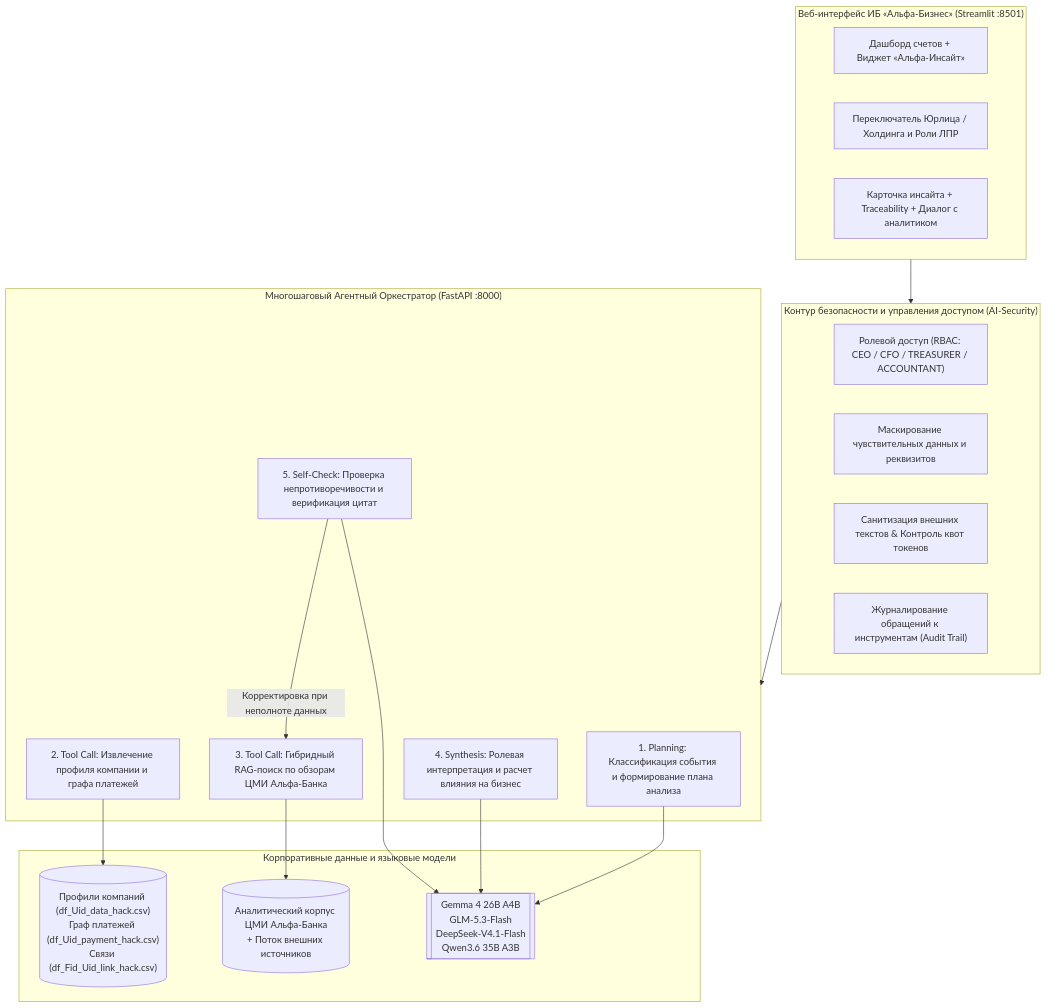
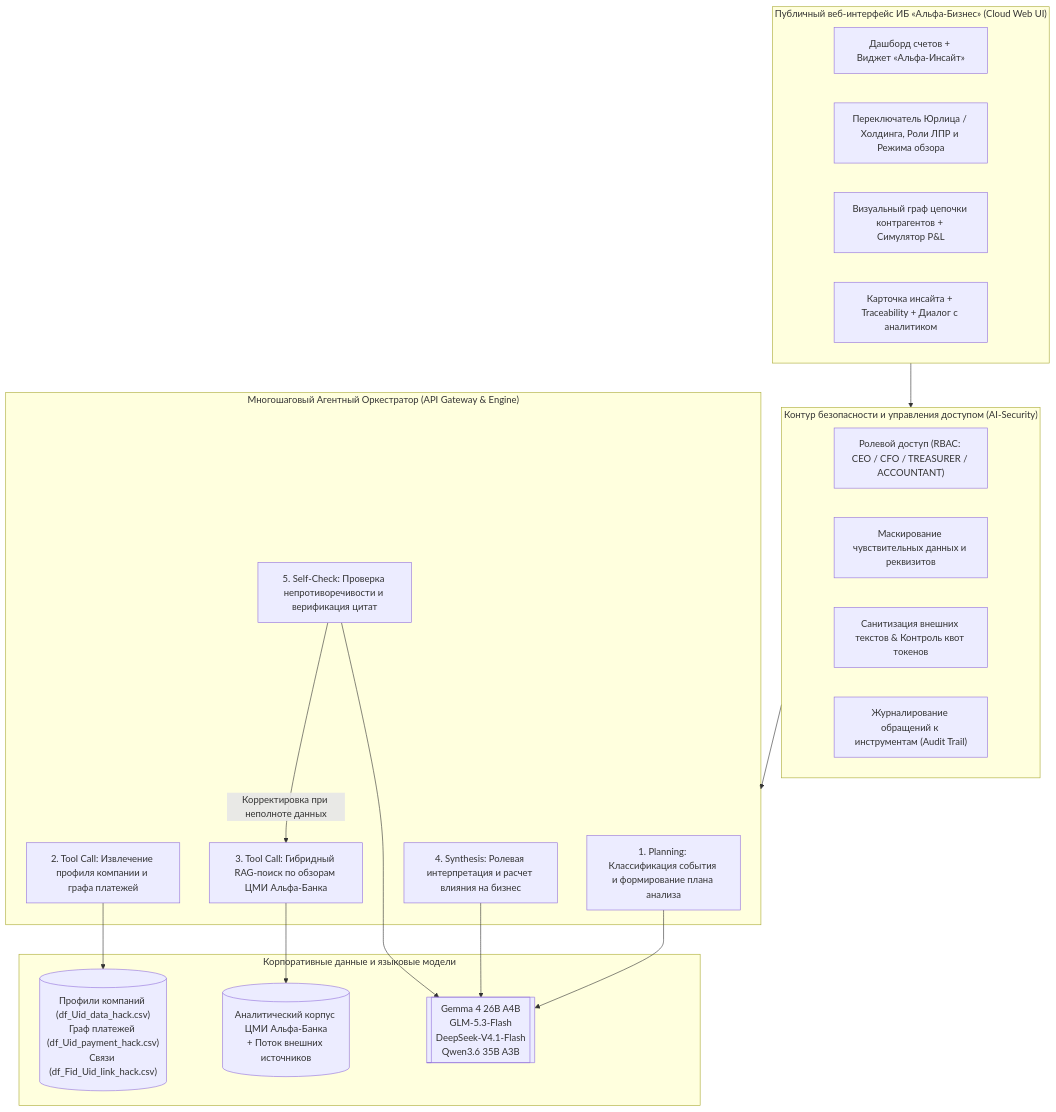
Before and after one commit to borz1kqe/AlfaBank_hackaton: the diagram in README.md, drawn with Mermaid. The commit also changed other lines of this file, not shown here.

````diff
--- a/README.md
+++ b/README.md
@@ -46,35 +48,36 @@
 ```mermaid
 flowchart TD
-    subgraph UI["Веб-интерфейс ИБ «Альфа-Бизнес» (Streamlit :8501)"]
+    subgraph UI["Публичный веб-интерфейс ИБ «Альфа-Бизнес» (Cloud Web UI)"]
         DASH["Дашборд счетов + Виджет «Альфа-Инсайт»"]
-        CTX["Переключатель Юрлица / Холдинга и Роли ЛПР"]
+        CTX["Переключатель Юрлица / Холдинга, Роли ЛПР и Режима обзора"]
+        GRAPH["Визуальный граф цепочки контрагентов + Симулятор P&L"]
         INS["Карточка инсайта + Traceability + Диалог с аналитиком"]
     end
 
     subgraph SEC["Контур безопасности и управления доступом (AI-Security)"]
         RBAC["Ролевой доступ (RBAC: CEO / CFO / TREASURER / ACCOUNTANT)"]
         MASK["Маскирование чувствительных данных и реквизитов"]
         GUARD["Санитизация внешних текстов & Контроль квот токенов"]
         AUDIT["Журналирование обращений к инструментам (Audit Trail)"]
     end
 
-    subgraph AGENT["Многошаговый Агентный Оркестратор (FastAPI :8000)"]
+    subgraph AGENT["Многошаговый Агентный Оркестратор (API Gateway & Engine)"]
         P["1. Planning: Классификация события и формирование плана анализа"]
         T1["2. Tool Call: Извлечение профиля компании и графа платежей"]
         T2["3. Tool Call: Гибридный RAG-поиск по обзорам ЦМИ Альфа-Банка"]
         SYN["4. Synthesis: Ролевая интерпретация и расчет влияния на бизнес"]
         CHK["5. Self-Check: Проверка непротиворечивости и верификация цитат"]
     end
 
     subgraph DATA["Корпоративные данные и языковые модели"]
         CSV[("Профили компаний (df_Uid_data_hack.csv)\nГраф платежей (df_Uid_payment_hack.csv)\nСвязи (df_Fid_Uid_link_hack.csv)")]
         REPORTS[("Аналитический корпус ЦМИ Альфа-Банка\n+ Поток внешних источников")]
         LLM[["Gemma 4 26B A4B\nGLM-5.3-Flash\nDeepSeek-V4.1-Flash\nQwen3.6 35B A3B"]]
     end
 
     UI --> SEC --> AGENT
     T1 --> CSV
     T2 --> REPORTS
     P & SYN & CHK --> LLM
     CHK -- "Корректировка при неполноте данных" --> T2
 ```
````
